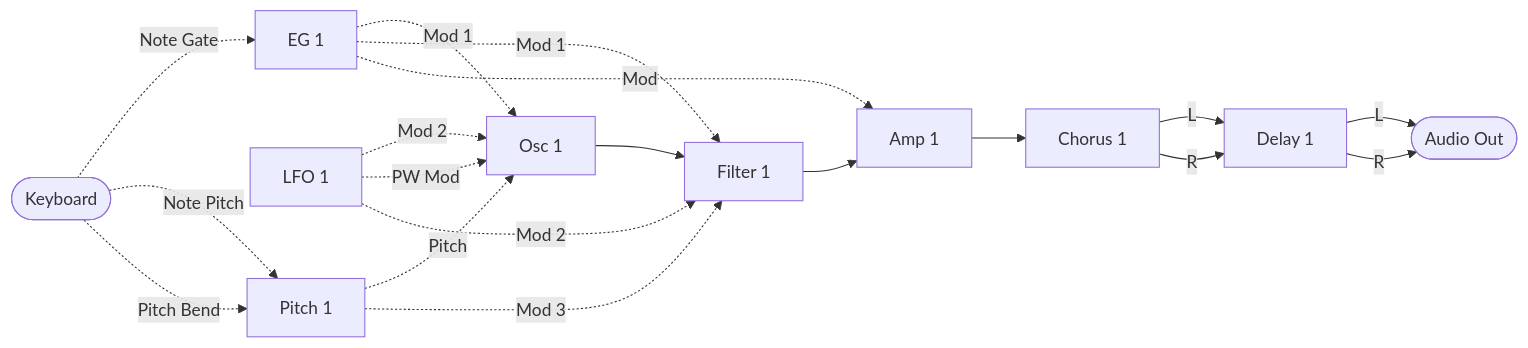
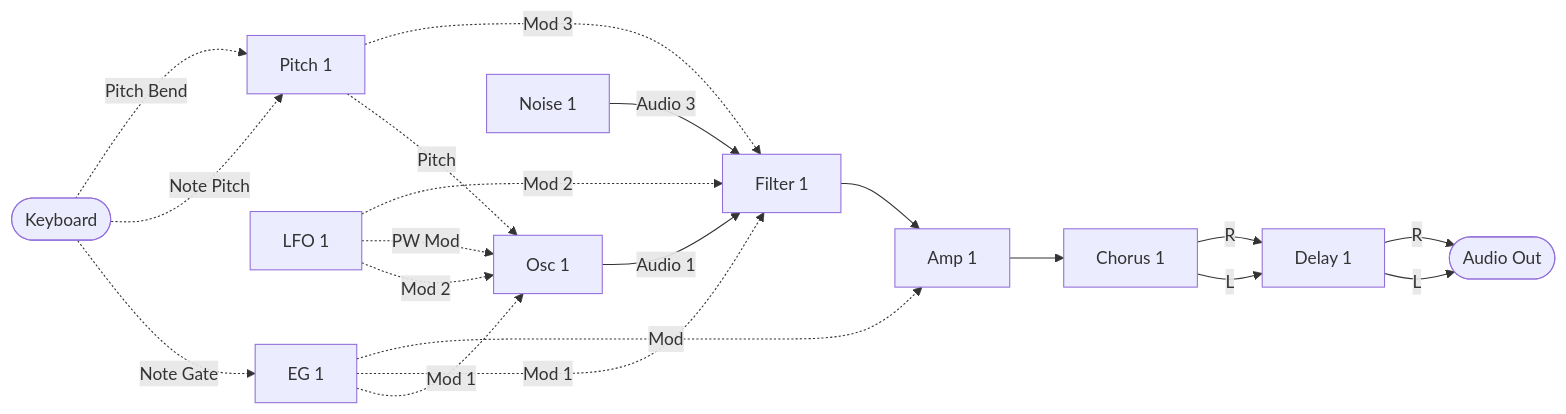
Before and after one commit to risgk/midi_synthesizer_spms1: the first of 6 diagrams in spms1_type2/README.ja.md, drawn with Mermaid. The commit also changed other lines of this file and 9 other files, not shown here.

First line of the commit message:
type-2: Add Noise 1, white noise at Level (CC 23), on Filter 1's new Audio 3 In

````diff
--- a/spms1_type2/README.ja.md
+++ b/spms1_type2/README.ja.md
@@ -143,33 +143,35 @@
 ```mermaid
 flowchart LR
   KBD([Keyboard])
   PITCH[Pitch 1]
   LFO[LFO 1]
   EG[EG 1]
   OSC[Osc 1]
+  NOISE[Noise 1]
   FILTER[Filter 1]
   AMP[Amp 1]
   CHORUS[Chorus 1]
   DELAY[Delay 1]
   OUT([Audio Out])
 
-  OSC --> FILTER
+  OSC -->|Audio 1| FILTER
+  NOISE -->|Audio 3| FILTER
   FILTER --> AMP
   AMP --> CHORUS
   CHORUS -->|L| DELAY
   CHORUS -->|R| DELAY
   DELAY -->|L| OUT
   DELAY -->|R| OUT
 
   KBD -. Note Gate .-> EG
   KBD -. Note Pitch .-> PITCH
   KBD -. Pitch Bend .-> PITCH
   PITCH -. Pitch .-> OSC
   EG -. Mod 1 .-> OSC
   LFO -. Mod 2 .-> OSC
   LFO -. PW Mod .-> OSC
   EG -. Mod 1 .-> FILTER
   LFO -. Mod 2 .-> FILTER
   PITCH -. Mod 3 .-> FILTER
   EG -. Mod .-> AMP
 ```
````
